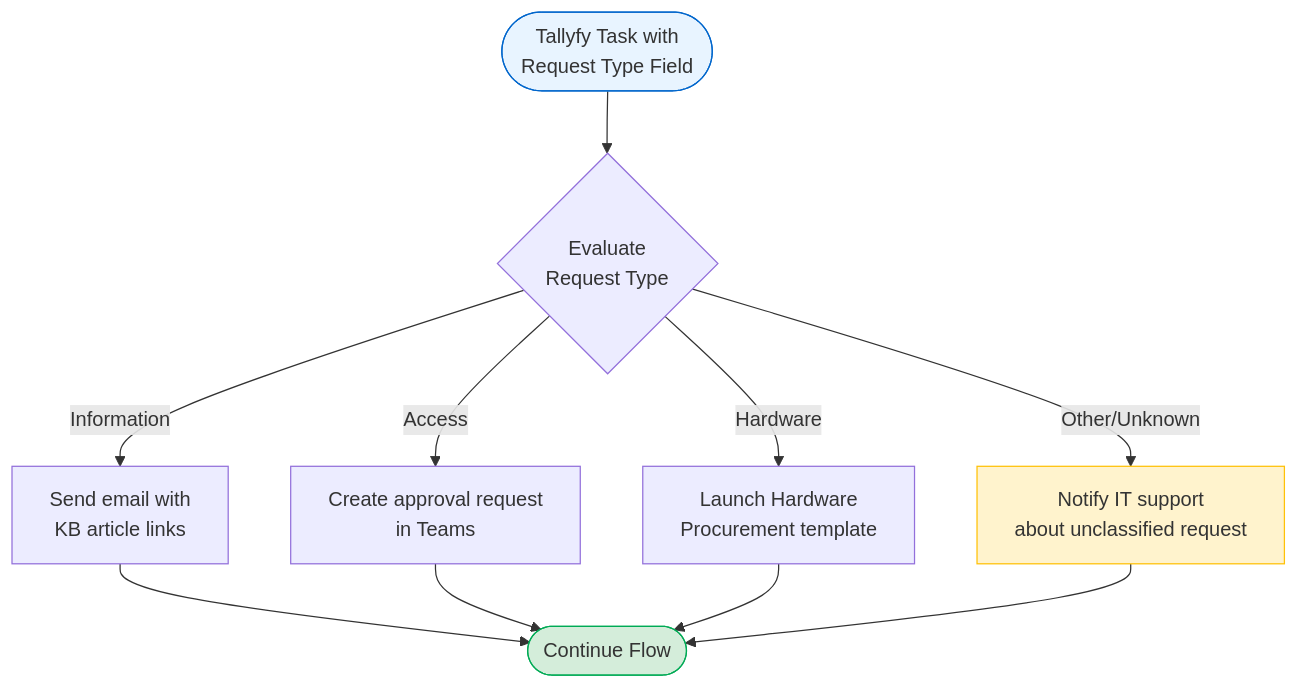
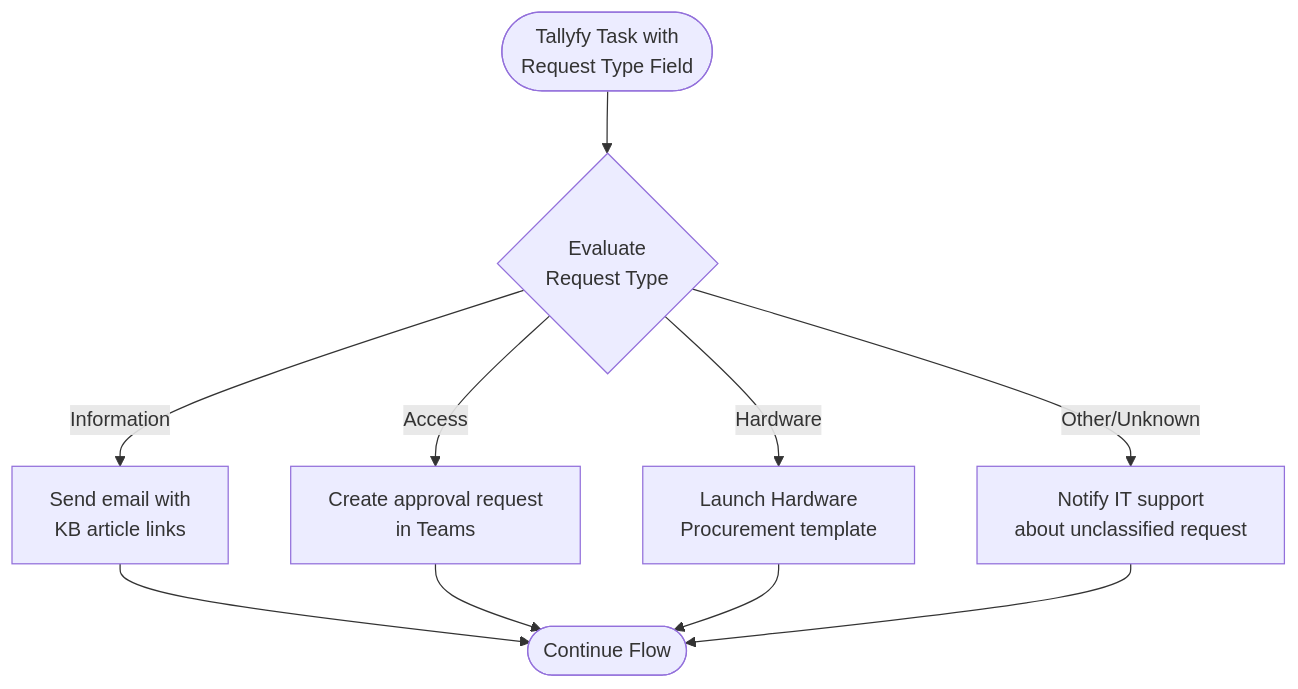
The diagram in src/content/docs/pro/integrations/middleware/power-automate/advanced-conditions-and-expressions.mdx (tallyfy/documentation), drawn with Mermaid before and after one commit. The commit also changed 13 other files, not shown here.

First line of the commit message:
Remove style directives from Mermaid diagrams across documentation

````diff
--- a/src/content/docs/pro/integrations/middleware/power-automate/advanced-conditions-and-expressions.mdx
+++ b/src/content/docs/pro/integrations/middleware/power-automate/advanced-conditions-and-expressions.mdx
@@ -94,21 +94,18 @@
 ```mermaid
 flowchart TD
     Start([Tallyfy Task with<br/>Request Type Field]) --> Evaluate{Evaluate<br/>Request Type}
     
     Evaluate -->|Information| Info[Send email with<br/>KB article links]
     Evaluate -->|Access| Access[Create approval request<br/>in Teams]
     Evaluate -->|Hardware| Hardware[Launch Hardware<br/>Procurement template]
     Evaluate -->|Other/Unknown| Default[Notify IT support<br/>about unclassified request]
     
     Info --> End([Continue Flow])
     Access --> End
     Hardware --> End
     Default --> End
     
-    style Start fill:#E8F4FF,stroke:#0066CC
-    style End fill:#D4EDDA,stroke:#00AA55
-    style Default fill:#FFF3CD,stroke:#FFC107
     
     click Hardware "/products/pro/documenting/templates/" "Learn about procedure templates"
     click Access "/products/pro/integrations/middleware/power-automate/integrating-power-automate-approvals-with-microsoft-teams/" "Teams approval integration"
 ```
````
